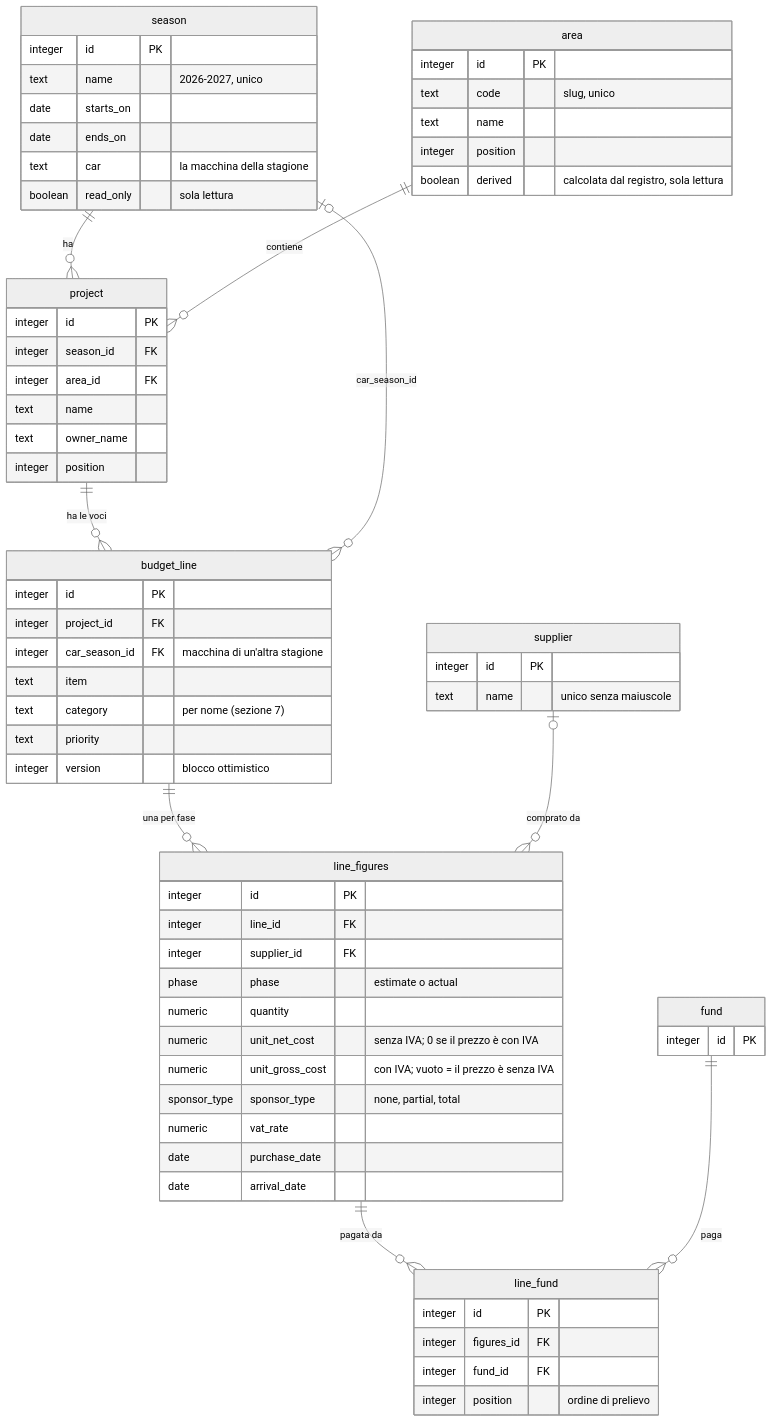
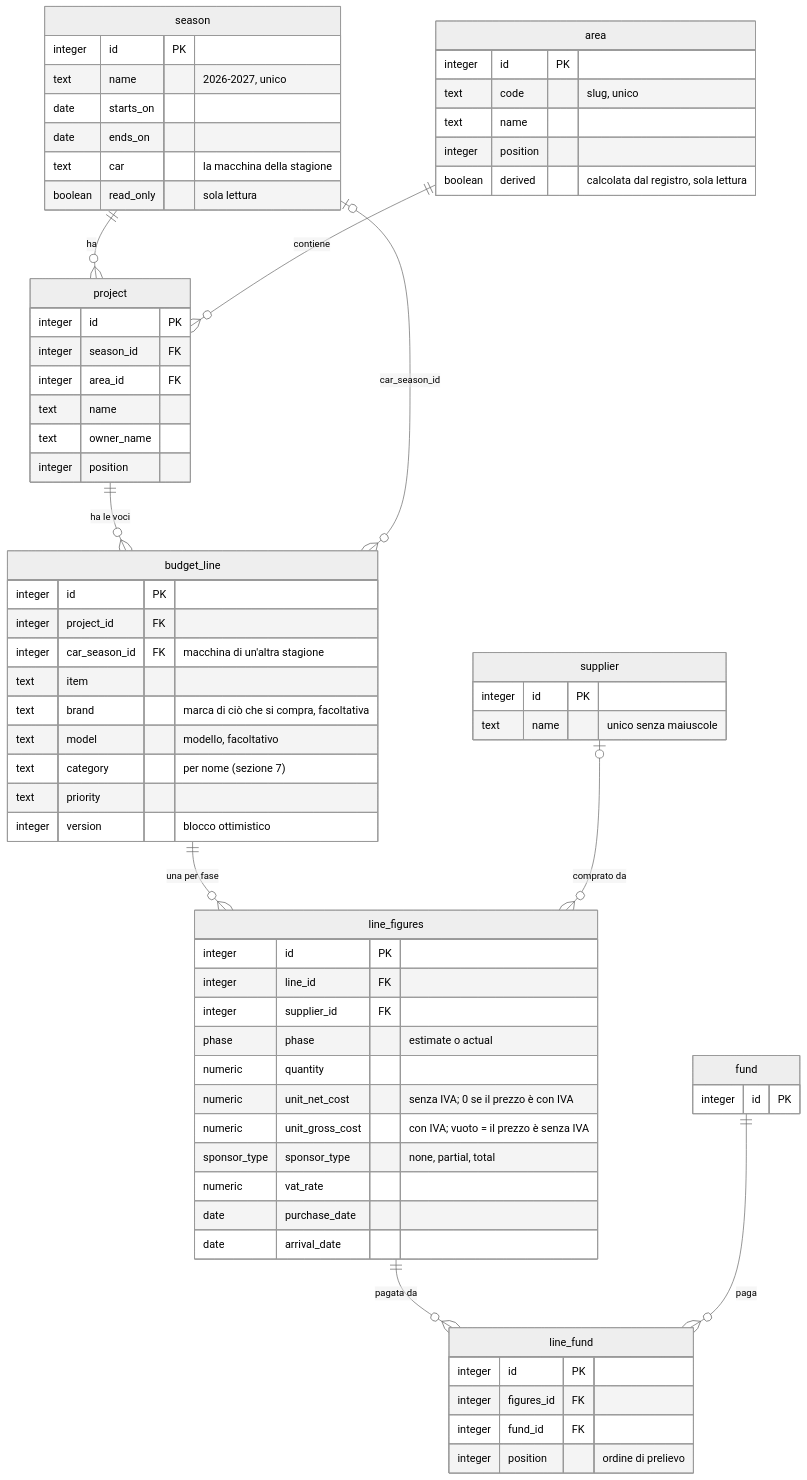
Before and after one commit to KevinRomanello/Simple-configurable-ERP: the second of 6 diagrams in docs/schema-database.md, drawn with Mermaid (neutral theme). The commit also changed 5 other files, not shown here.

````diff
--- a/docs/schema-database.md
+++ b/docs/schema-database.md
@@ -52,70 +52,72 @@
 ```mermaid
 erDiagram
   season {
     integer id PK
     text name "2026-2027, unico"
     date starts_on
     date ends_on
     text car "la macchina della stagione"
     boolean read_only "sola lettura"
   }
   area {
     integer id PK
     text code "slug, unico"
     text name
     integer position
     boolean derived "calcolata dal registro, sola lettura"
   }
   project {
     integer id PK
     integer season_id FK
     integer area_id FK
     text name
     text owner_name
     integer position
   }
   budget_line {
     integer id PK
     integer project_id FK
     integer car_season_id FK "macchina di un'altra stagione"
     text item
+    text brand "marca di ciò che si compra, facoltativa"
+    text model "modello, facoltativo"
     text category "per nome (sezione 7)"
     text priority
     integer version "blocco ottimistico"
   }
   line_figures {
     integer id PK
     integer line_id FK
     integer supplier_id FK
     phase phase "estimate o actual"
     numeric quantity
     numeric unit_net_cost "senza IVA; 0 se il prezzo è con IVA"
     numeric unit_gross_cost "con IVA; vuoto = il prezzo è senza IVA"
     sponsor_type sponsor_type "none, partial, total"
     numeric vat_rate
     date purchase_date
     date arrival_date
   }
   line_fund {
     integer id PK
     integer figures_id FK
     integer fund_id FK
     integer position "ordine di prelievo"
   }
   supplier {
     integer id PK
     text name "unico senza maiuscole"
   }
   fund {
     integer id PK
   }
 
   season ||--o{ project : "ha"
   area ||--o{ project : "contiene"
   project ||--o{ budget_line : "ha le voci"
   season |o--o{ budget_line : "car_season_id"
   budget_line ||--o{ line_figures : "una per fase"
   supplier |o--o{ line_figures : "comprato da"
   line_figures ||--o{ line_fund : "pagata da"
   fund ||--o{ line_fund : "paga"
 ```
````
